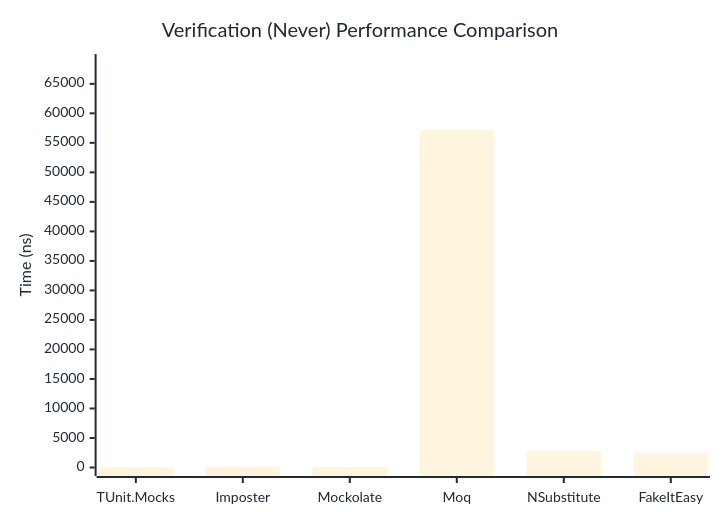
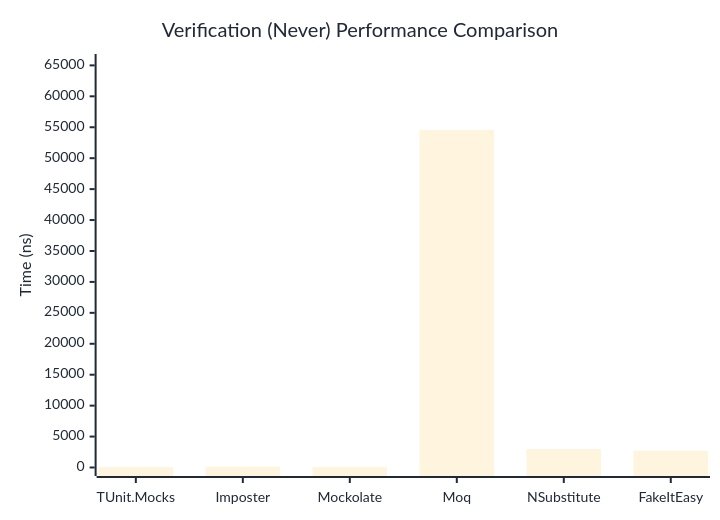
The second of 3 diagrams in docs/docs/benchmarks/mocks/Verification.md (thomhurst/TUnit), drawn with Mermaid before and after one commit. The commit also changed other lines of this file and 14 other files, not shown here.

````diff
--- a/docs/docs/benchmarks/mocks/Verification.md
+++ b/docs/docs/benchmarks/mocks/Verification.md
@@ -71,27 +71,27 @@
 ```mermaid
 %%{init: {
   'theme':'base',
   'themeVariables': {
     'primaryColor': '#2563eb',
     'primaryTextColor': '#1f2937',
     'primaryBorderColor': '#1e40af',
     'lineColor': '#6b7280',
     'secondaryColor': '#7c3aed',
     'tertiaryColor': '#dc2626',
     'background': '#ffffff',
     'pie1': '#2563eb',
     'pie2': '#7c3aed',
     'pie3': '#dc2626',
     'pie4': '#f59e0b',
     'pie5': '#10b981',
     'pie6': '#06b6d4',
     'pie7': '#ec4899',
     'pie8': '#6366f1'
   }
 }}%%
 xychart-beta
   title "Verification (Never) Performance Comparison"
   x-axis ["TUnit.Mocks", "Imposter", "Mockolate", "Moq", "NSubstitute", "FakeItEasy"]
-  y-axis "Time (ns)" 0 --> 68611
-  bar [46.65, 118.47, 59.76, 57175.69, 2827.46, 2523.17]
+  y-axis "Time (ns)" 0 --> 65467
+  bar [43.53, 122.24, 60.93, 54555.7, 2994.42, 2707.24]
 ```
````
